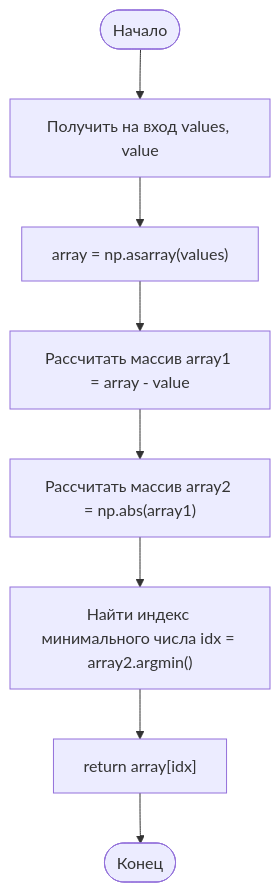
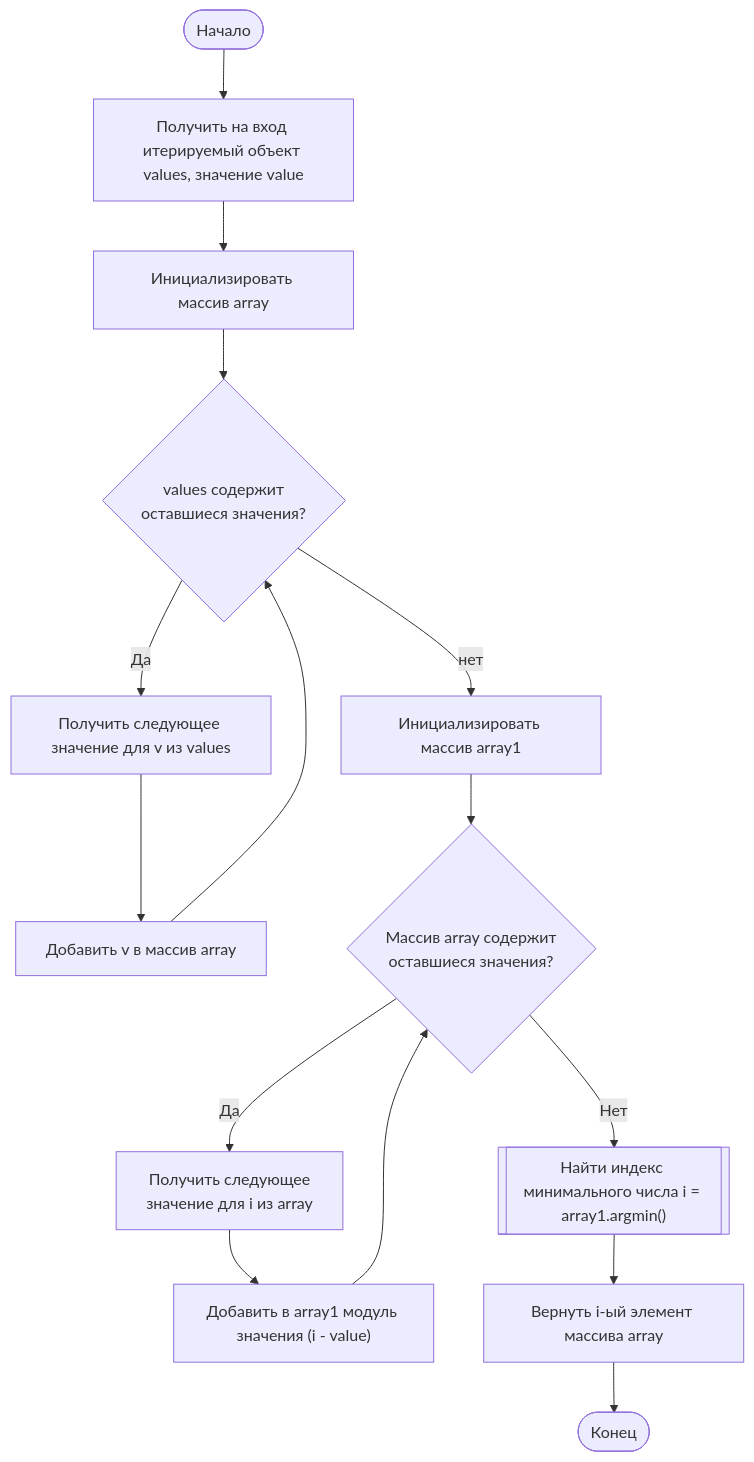
The fifth of 5 diagrams in data/diagrams/алгоритмы.md (Marik28/dissertation), drawn with Mermaid before and after one commit. The commit also changed other lines of this file and 2 other files, not shown here.

Commit message:
refactor diagrams

````diff
--- a/data/diagrams/алгоритмы.md
+++ b/data/diagrams/алгоритмы.md
@@ -151,11 +194,21 @@
 ```mermaid
 flowchart
     Start(["Начало"]) --> A
-    A["Получить на вход values, value"] --> B
-    B["array = np.asarray(values)"] --> C
-    C["Рассчитать массив array1 = array - value"] --> D
-    D["Рассчитать массив array2 = np.abs(array1)"] --> E
-    E["Найти индекс минимального числа idx = array2.argmin()"] --> F
-    F["return array[idx]"] --> End
+    A["Получить на вход итерируемый объект values, значение value"] --> B1
+    B1["Инициализировать массив array"] --> B2
+    B2{"values содержит 
+    оставшиеся значения?"} -->|"Да"| B3
+    B2 -->|"нет"| C
+    B3["Получить следующее значение для v из values"] --> B4
+    B4["Добавить v в массив array"] --> B2
+    C["Инициализировать массив array1"] --> C1
+    C1{"Массив array содержит
+     оставшиеся значения?"} -->|"Да"| C2
+    C1 --> |"Нет"| D
+    C2["Получить следующее 
+    значение для i из array"] --> C3
+    C3["Добавить в array1 модуль значения (i - value)"] --> C1
+    D[["Найти индекс минимального числа i = array1.argmin()"]] --> F
+    F["Вернуть i-ый элемент массива array"] --> End
     End(["Конец"])
 ```
````
